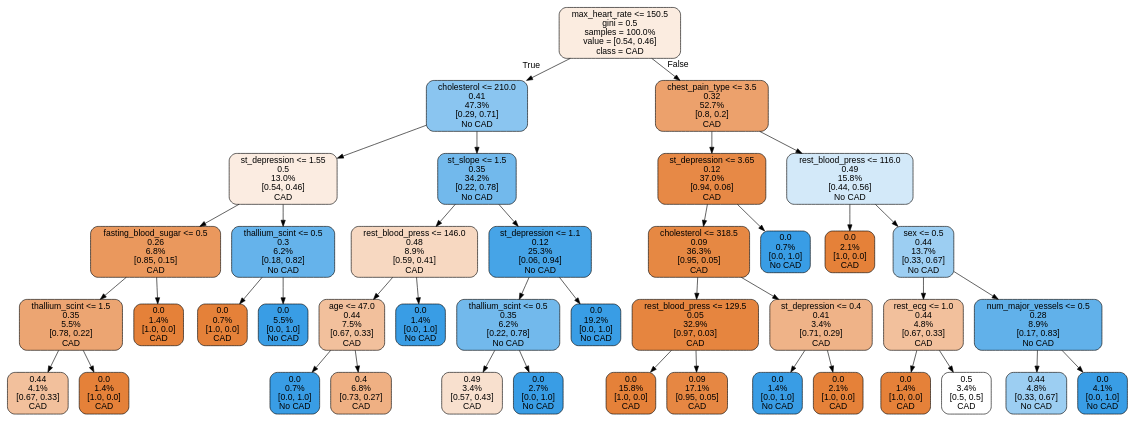
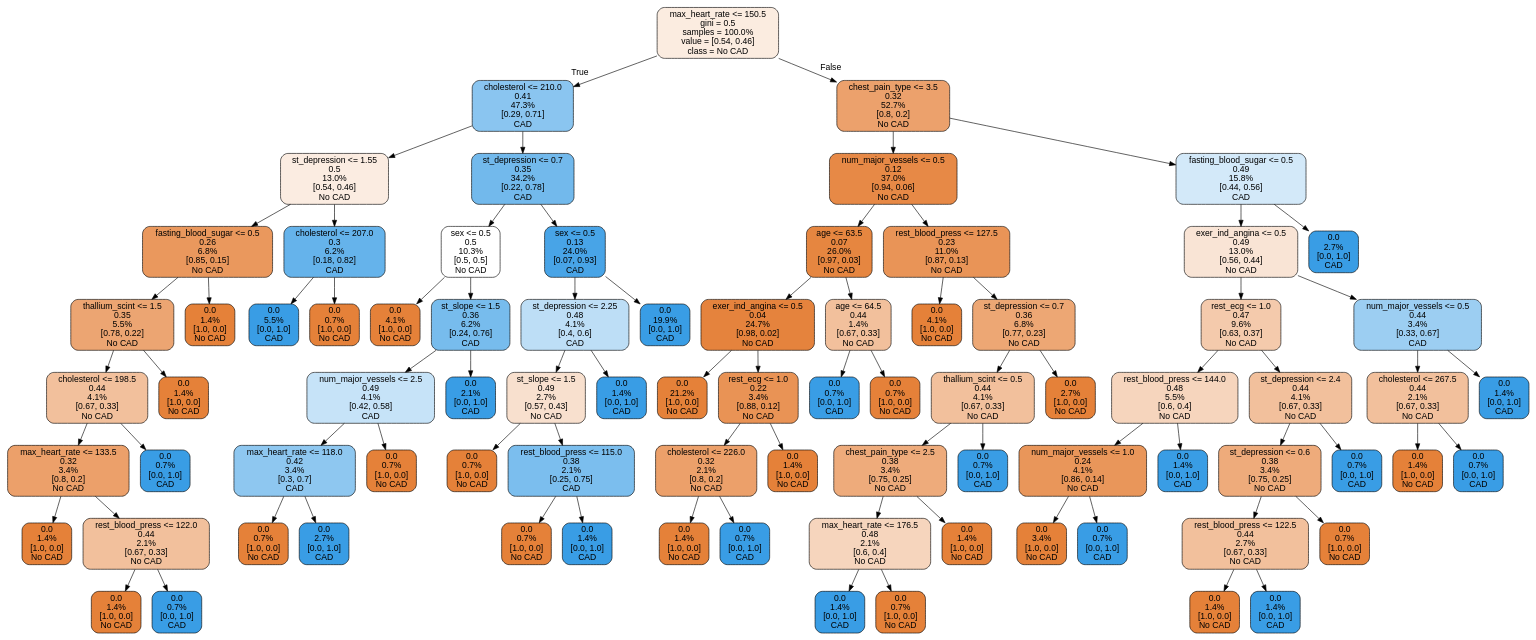
One commit to LourensWalters/cor_art_dis changed the diagram in cor_art_dis/notebooks/tree.dot. Above: the diagram before and after it, drawn with Graphviz. The commit also changed 4 other files, not shown here.

```diff
--- a/cor_art_dis/notebooks/tree.dot
+++ b/cor_art_dis/notebooks/tree.dot
@@ -1,85 +1,165 @@
 digraph Tree {
 node [shape=box, style="filled, rounded", color="black", fontname=helvetica] ;
 edge [fontname=helvetica] ;
-0 [label="max_heart_rate <= 150.5\ngini = 0.5\nsamples = 100.0%\nvalue = [0.54, 0.46]\nclass = CAD", fillcolor="#fbece0"] ;
-1 [label="cholesterol <= 210.0\n0.41\n47.3%\n[0.29, 0.71]\nNo CAD", fillcolor="#8ac5f0"] ;
+0 [label="max_heart_rate <= 150.5\ngini = 0.5\nsamples = 100.0%\nvalue = [0.54, 0.46]\nclass = No CAD", fillcolor="#fbece0"] ;
+1 [label="cholesterol <= 210.0\n0.41\n47.3%\n[0.29, 0.71]\nCAD", fillcolor="#8ac5f0"] ;
 0 -> 1 [labeldistance=2.5, labelangle=45, headlabel="True"] ;
-2 [label="st_depression <= 1.55\n0.5\n13.0%\n[0.54, 0.46]\nCAD", fillcolor="#fbece1"] ;
+2 [label="st_depression <= 1.55\n0.5\n13.0%\n[0.54, 0.46]\nNo CAD", fillcolor="#fbece1"] ;
 1 -> 2 ;
-3 [label="fasting_blood_sugar <= 0.5\n0.26\n6.8%\n[0.85, 0.15]\nCAD", fillcolor="#ea985d"] ;
+3 [label="fasting_blood_sugar <= 0.5\n0.26\n6.8%\n[0.85, 0.15]\nNo CAD", fillcolor="#ea985d"] ;
 2 -> 3 ;
-4 [label="thallium_scint <= 1.5\n0.35\n5.5%\n[0.78, 0.22]\nCAD", fillcolor="#eca572"] ;
+4 [label="thallium_scint <= 1.5\n0.35\n5.5%\n[0.78, 0.22]\nNo CAD", fillcolor="#eca572"] ;
 3 -> 4 ;
-5 [label="0.44\n4.1%\n[0.67, 0.33]\nCAD", fillcolor="#f2c09c"] ;
+5 [label="cholesterol <= 198.5\n0.44\n4.1%\n[0.67, 0.33]\nNo CAD", fillcolor="#f2c09c"] ;
 4 -> 5 ;
-6 [label="0.0\n1.4%\n[1.0, 0.0]\nCAD", fillcolor="#e58139"] ;
-4 -> 6 ;
-7 [label="0.0\n1.4%\n[1.0, 0.0]\nCAD", fillcolor="#e58139"] ;
-3 -> 7 ;
-8 [label="thallium_scint <= 0.5\n0.3\n6.2%\n[0.18, 0.82]\nNo CAD", fillcolor="#65b3eb"] ;
-2 -> 8 ;
-9 [label="0.0\n0.7%\n[1.0, 0.0]\nCAD", fillcolor="#e58139"] ;
+6 [label="max_heart_rate <= 133.5\n0.32\n3.4%\n[0.8, 0.2]\nNo CAD", fillcolor="#eca06a"] ;
+5 -> 6 ;
+7 [label="0.0\n1.4%\n[1.0, 0.0]\nNo CAD", fillcolor="#e58139"] ;
+6 -> 7 ;
+8 [label="rest_blood_press <= 122.0\n0.44\n2.1%\n[0.67, 0.33]\nNo CAD", fillcolor="#f2c09c"] ;
+6 -> 8 ;
+9 [label="0.0\n1.4%\n[1.0, 0.0]\nNo CAD", fillcolor="#e58139"] ;
 8 -> 9 ;
-10 [label="0.0\n5.5%\n[0.0, 1.0]\nNo CAD", fillcolor="#399de5"] ;
+10 [label="0.0\n0.7%\n[0.0, 1.0]\nCAD", fillcolor="#399de5"] ;
 8 -> 10 ;
-11 [label="st_slope <= 1.5\n0.35\n34.2%\n[0.22, 0.78]\nNo CAD", fillcolor="#72b9ec"] ;
-1 -> 11 ;
-12 [label="rest_blood_press <= 146.0\n0.48\n8.9%\n[0.59, 0.41]\nCAD", fillcolor="#f7d8c1"] ;
-11 -> 12 ;
-13 [label="age <= 47.0\n0.44\n7.5%\n[0.67, 0.33]\nCAD", fillcolor="#f2c09c"] ;
-12 -> 13 ;
-14 [label="0.0\n0.7%\n[0.0, 1.0]\nNo CAD", fillcolor="#399de5"] ;
-13 -> 14 ;
-15 [label="0.4\n6.8%\n[0.73, 0.27]\nCAD", fillcolor="#efb083"] ;
-13 -> 15 ;
-16 [label="0.0\n1.4%\n[0.0, 1.0]\nNo CAD", fillcolor="#399de5"] ;
-12 -> 16 ;
-17 [label="st_depression <= 1.1\n0.12\n25.3%\n[0.06, 0.94]\nNo CAD", fillcolor="#46a4e7"] ;
-11 -> 17 ;
-18 [label="thallium_scint <= 0.5\n0.35\n6.2%\n[0.22, 0.78]\nNo CAD", fillcolor="#72b9ec"] ;
+11 [label="0.0\n0.7%\n[0.0, 1.0]\nCAD", fillcolor="#399de5"] ;
+5 -> 11 ;
+12 [label="0.0\n1.4%\n[1.0, 0.0]\nNo CAD", fillcolor="#e58139"] ;
+4 -> 12 ;
+13 [label="0.0\n1.4%\n[1.0, 0.0]\nNo CAD", fillcolor="#e58139"] ;
+3 -> 13 ;
+14 [label="cholesterol <= 207.0\n0.3\n6.2%\n[0.18, 0.82]\nCAD", fillcolor="#65b3eb"] ;
+2 -> 14 ;
+15 [label="0.0\n5.5%\n[0.0, 1.0]\nCAD", fillcolor="#399de5"] ;
+14 -> 15 ;
+16 [label="0.0\n0.7%\n[1.0, 0.0]\nNo CAD", fillcolor="#e58139"] ;
+14 -> 16 ;
+17 [label="st_depression <= 0.7\n0.35\n34.2%\n[0.22, 0.78]\nCAD", fillcolor="#72b9ec"] ;
+1 -> 17 ;
+18 [label="sex <= 0.5\n0.5\n10.3%\n[0.5, 0.5]\nNo CAD", fillcolor="#ffffff"] ;
 17 -> 18 ;
-19 [label="0.49\n3.4%\n[0.57, 0.43]\nCAD", fillcolor="#f8e0ce"] ;
+19 [label="0.0\n4.1%\n[1.0, 0.0]\nNo CAD", fillcolor="#e58139"] ;
 18 -> 19 ;
-20 [label="0.0\n2.7%\n[0.0, 1.0]\nNo CAD", fillcolor="#399de5"] ;
+20 [label="st_slope <= 1.5\n0.36\n6.2%\n[0.24, 0.76]\nCAD", fillcolor="#77bced"] ;
 18 -> 20 ;
-21 [label="0.0\n19.2%\n[0.0, 1.0]\nNo CAD", fillcolor="#399de5"] ;
-17 -> 21 ;
-22 [label="chest_pain_type <= 3.5\n0.32\n52.7%\n[0.8, 0.2]\nCAD", fillcolor="#eca16c"] ;
-0 -> 22 [labeldistance=2.5, labelangle=-45, headlabel="False"] ;
-23 [label="st_depression <= 3.65\n0.12\n37.0%\n[0.94, 0.06]\nCAD", fillcolor="#e78946"] ;
+21 [label="num_major_vessels <= 2.5\n0.49\n4.1%\n[0.42, 0.58]\nCAD", fillcolor="#c6e3f8"] ;
+20 -> 21 ;
+22 [label="max_heart_rate <= 118.0\n0.42\n3.4%\n[0.3, 0.7]\nCAD", fillcolor="#8ec7f0"] ;
+21 -> 22 ;
+23 [label="0.0\n0.7%\n[1.0, 0.0]\nNo CAD", fillcolor="#e58139"] ;
 22 -> 23 ;
-24 [label="cholesterol <= 318.5\n0.09\n36.3%\n[0.95, 0.05]\nCAD", fillcolor="#e68843"] ;
-23 -> 24 ;
-25 [label="rest_blood_press <= 129.5\n0.05\n32.9%\n[0.97, 0.03]\nCAD", fillcolor="#e6853f"] ;
-24 -> 25 ;
-26 [label="0.0\n15.8%\n[1.0, 0.0]\nCAD", fillcolor="#e58139"] ;
-25 -> 26 ;
-27 [label="0.09\n17.1%\n[0.95, 0.05]\nCAD", fillcolor="#e68743"] ;
-25 -> 27 ;
-28 [label="st_depression <= 0.4\n0.41\n3.4%\n[0.71, 0.29]\nCAD", fillcolor="#efb388"] ;
-24 -> 28 ;
-29 [label="0.0\n1.4%\n[0.0, 1.0]\nNo CAD", fillcolor="#399de5"] ;
+24 [label="0.0\n2.7%\n[0.0, 1.0]\nCAD", fillcolor="#399de5"] ;
+22 -> 24 ;
+25 [label="0.0\n0.7%\n[1.0, 0.0]\nNo CAD", fillcolor="#e58139"] ;
+21 -> 25 ;
+26 [label="0.0\n2.1%\n[0.0, 1.0]\nCAD", fillcolor="#399de5"] ;
+20 -> 26 ;
+27 [label="sex <= 0.5\n0.13\n24.0%\n[0.07, 0.93]\nCAD", fillcolor="#48a4e7"] ;
+17 -> 27 ;
+28 [label="st_depression <= 2.25\n0.48\n4.1%\n[0.4, 0.6]\nCAD", fillcolor="#bddef6"] ;
+27 -> 28 ;
+29 [label="st_slope <= 1.5\n0.49\n2.7%\n[0.57, 0.43]\nNo CAD", fillcolor="#f8e0ce"] ;
 28 -> 29 ;
-30 [label="0.0\n2.1%\n[1.0, 0.0]\nCAD", fillcolor="#e58139"] ;
-28 -> 30 ;
-31 [label="0.0\n0.7%\n[0.0, 1.0]\nNo CAD", fillcolor="#399de5"] ;
-23 -> 31 ;
-32 [label="rest_blood_press <= 116.0\n0.49\n15.8%\n[0.44, 0.56]\nNo CAD", fillcolor="#d3e9f9"] ;
-22 -> 32 ;
-33 [label="0.0\n2.1%\n[1.0, 0.0]\nCAD", fillcolor="#e58139"] ;
-32 -> 33 ;
-34 [label="sex <= 0.5\n0.44\n13.7%\n[0.33, 0.67]\nNo CAD", fillcolor="#9ccef2"] ;
-32 -> 34 ;
-35 [label="rest_ecg <= 1.0\n0.44\n4.8%\n[0.67, 0.33]\nCAD", fillcolor="#f2c09c"] ;
-34 -> 35 ;
-36 [label="0.0\n1.4%\n[1.0, 0.0]\nCAD", fillcolor="#e58139"] ;
-35 -> 36 ;
-37 [label="0.5\n3.4%\n[0.5, 0.5]\nCAD", fillcolor="#ffffff"] ;
-35 -> 37 ;
-38 [label="num_major_vessels <= 0.5\n0.28\n8.9%\n[0.17, 0.83]\nNo CAD", fillcolor="#61b1ea"] ;
-34 -> 38 ;
-39 [label="0.44\n4.8%\n[0.33, 0.67]\nNo CAD", fillcolor="#9ccef2"] ;
+30 [label="0.0\n0.7%\n[1.0, 0.0]\nNo CAD", fillcolor="#e58139"] ;
+29 -> 30 ;
+31 [label="rest_blood_press <= 115.0\n0.38\n2.1%\n[0.25, 0.75]\nCAD", fillcolor="#7bbeee"] ;
+29 -> 31 ;
+32 [label="0.0\n0.7%\n[1.0, 0.0]\nNo CAD", fillcolor="#e58139"] ;
+31 -> 32 ;
+33 [label="0.0\n1.4%\n[0.0, 1.0]\nCAD", fillcolor="#399de5"] ;
+31 -> 33 ;
+34 [label="0.0\n1.4%\n[0.0, 1.0]\nCAD", fillcolor="#399de5"] ;
+28 -> 34 ;
+35 [label="0.0\n19.9%\n[0.0, 1.0]\nCAD", fillcolor="#399de5"] ;
+27 -> 35 ;
+36 [label="chest_pain_type <= 3.5\n0.32\n52.7%\n[0.8, 0.2]\nNo CAD", fillcolor="#eca16c"] ;
+0 -> 36 [labeldistance=2.5, labelangle=-45, headlabel="False"] ;
+37 [label="num_major_vessels <= 0.5\n0.12\n37.0%\n[0.94, 0.06]\nNo CAD", fillcolor="#e78946"] ;
+36 -> 37 ;
+38 [label="age <= 63.5\n0.07\n26.0%\n[0.97, 0.03]\nNo CAD", fillcolor="#e68640"] ;
+37 -> 38 ;
+39 [label="exer_ind_angina <= 0.5\n0.04\n24.7%\n[0.98, 0.02]\nNo CAD", fillcolor="#e5833d"] ;
 38 -> 39 ;
-40 [label="0.0\n4.1%\n[0.0, 1.0]\nNo CAD", fillcolor="#399de5"] ;
-38 -> 40 ;
+40 [label="0.0\n21.2%\n[1.0, 0.0]\nNo CAD", fillcolor="#e58139"] ;
+39 -> 40 ;
+41 [label="rest_ecg <= 1.0\n0.22\n3.4%\n[0.88, 0.12]\nNo CAD", fillcolor="#e99355"] ;
+39 -> 41 ;
+42 [label="cholesterol <= 226.0\n0.32\n2.1%\n[0.8, 0.2]\nNo CAD", fillcolor="#eca06a"] ;
+41 -> 42 ;
+43 [label="0.0\n1.4%\n[1.0, 0.0]\nNo CAD", fillcolor="#e58139"] ;
+42 -> 43 ;
+44 [label="0.0\n0.7%\n[0.0, 1.0]\nCAD", fillcolor="#399de5"] ;
+42 -> 44 ;
+45 [label="0.0\n1.4%\n[1.0, 0.0]\nNo CAD", fillcolor="#e58139"] ;
+41 -> 45 ;
+46 [label="age <= 64.5\n0.44\n1.4%\n[0.67, 0.33]\nNo CAD", fillcolor="#f2c09c"] ;
+38 -> 46 ;
+47 [label="0.0\n0.7%\n[0.0, 1.0]\nCAD", fillcolor="#399de5"] ;
+46 -> 47 ;
+48 [label="0.0\n0.7%\n[1.0, 0.0]\nNo CAD", fillcolor="#e58139"] ;
+46 -> 48 ;
+49 [label="rest_blood_press <= 127.5\n0.23\n11.0%\n[0.87, 0.13]\nNo CAD", fillcolor="#e99457"] ;
+37 -> 49 ;
+50 [label="0.0\n4.1%\n[1.0, 0.0]\nNo CAD", fillcolor="#e58139"] ;
+49 -> 50 ;
+51 [label="st_depression <= 0.7\n0.36\n6.8%\n[0.77, 0.23]\nNo CAD", fillcolor="#eda774"] ;
+49 -> 51 ;
+52 [label="thallium_scint <= 0.5\n0.44\n4.1%\n[0.67, 0.33]\nNo CAD", fillcolor="#f2c09c"] ;
+51 -> 52 ;
+53 [label="chest_pain_type <= 2.5\n0.38\n3.4%\n[0.75, 0.25]\nNo CAD", fillcolor="#eeab7b"] ;
+52 -> 53 ;
+54 [label="max_heart_rate <= 176.5\n0.48\n2.1%\n[0.6, 0.4]\nNo CAD", fillcolor="#f6d5bd"] ;
+53 -> 54 ;
+55 [label="0.0\n1.4%\n[0.0, 1.0]\nCAD", fillcolor="#399de5"] ;
+54 -> 55 ;
+56 [label="0.0\n0.7%\n[1.0, 0.0]\nNo CAD", fillcolor="#e58139"] ;
+54 -> 56 ;
+57 [label="0.0\n1.4%\n[1.0, 0.0]\nNo CAD", fillcolor="#e58139"] ;
+53 -> 57 ;
+58 [label="0.0\n0.7%\n[0.0, 1.0]\nCAD", fillcolor="#399de5"] ;
+52 -> 58 ;
+59 [label="0.0\n2.7%\n[1.0, 0.0]\nNo CAD", fillcolor="#e58139"] ;
+51 -> 59 ;
+60 [label="fasting_blood_sugar <= 0.5\n0.49\n15.8%\n[0.44, 0.56]\nCAD", fillcolor="#d3e9f9"] ;
+36 -> 60 ;
+61 [label="exer_ind_angina <= 0.5\n0.49\n13.0%\n[0.56, 0.44]\nNo CAD", fillcolor="#f9e4d5"] ;
+60 -> 61 ;
+62 [label="rest_ecg <= 1.0\n0.47\n9.6%\n[0.63, 0.37]\nNo CAD", fillcolor="#f4caac"] ;
+61 -> 62 ;
+63 [label="rest_blood_press <= 144.0\n0.48\n5.5%\n[0.6, 0.4]\nNo CAD", fillcolor="#f6d5bd"] ;
+62 -> 63 ;
+64 [label="num_major_vessels <= 1.0\n0.24\n4.1%\n[0.86, 0.14]\nNo CAD", fillcolor="#e9965a"] ;
+63 -> 64 ;
+65 [label="0.0\n3.4%\n[1.0, 0.0]\nNo CAD", fillcolor="#e58139"] ;
+64 -> 65 ;
+66 [label="0.0\n0.7%\n[0.0, 1.0]\nCAD", fillcolor="#399de5"] ;
+64 -> 66 ;
+67 [label="0.0\n1.4%\n[0.0, 1.0]\nCAD", fillcolor="#399de5"] ;
+63 -> 67 ;
+68 [label="st_depression <= 2.4\n0.44\n4.1%\n[0.67, 0.33]\nNo CAD", fillcolor="#f2c09c"] ;
+62 -> 68 ;
+69 [label="st_depression <= 0.6\n0.38\n3.4%\n[0.75, 0.25]\nNo CAD", fillcolor="#eeab7b"] ;
+68 -> 69 ;
+70 [label="rest_blood_press <= 122.5\n0.44\n2.7%\n[0.67, 0.33]\nNo CAD", fillcolor="#f2c09c"] ;
+69 -> 70 ;
+71 [label="0.0\n1.4%\n[1.0, 0.0]\nNo CAD", fillcolor="#e58139"] ;
+70 -> 71 ;
+72 [label="0.0\n1.4%\n[0.0, 1.0]\nCAD", fillcolor="#399de5"] ;
+70 -> 72 ;
+73 [label="0.0\n0.7%\n[1.0, 0.0]\nNo CAD", fillcolor="#e58139"] ;
+69 -> 73 ;
+74 [label="0.0\n0.7%\n[0.0, 1.0]\nCAD", fillcolor="#399de5"] ;
+68 -> 74 ;
+75 [label="num_major_vessels <= 0.5\n0.44\n3.4%\n[0.33, 0.67]\nCAD", fillcolor="#9ccef2"] ;
+61 -> 75 ;
+76 [label="cholesterol <= 267.5\n0.44\n2.1%\n[0.67, 0.33]\nNo CAD", fillcolor="#f2c09c"] ;
+75 -> 76 ;
+77 [label="0.0\n1.4%\n[1.0, 0.0]\nNo CAD", fillcolor="#e58139"] ;
+76 -> 77 ;
+78 [label="0.0\n0.7%\n[0.0, 1.0]\nCAD", fillcolor="#399de5"] ;
+76 -> 78 ;
+79 [label="0.0\n1.4%\n[0.0, 1.0]\nCAD", fillcolor="#399de5"] ;
+75 -> 79 ;
+80 [label="0.0\n2.7%\n[0.0, 1.0]\nCAD", fillcolor="#399de5"] ;
+60 -> 80 ;
 }
```
